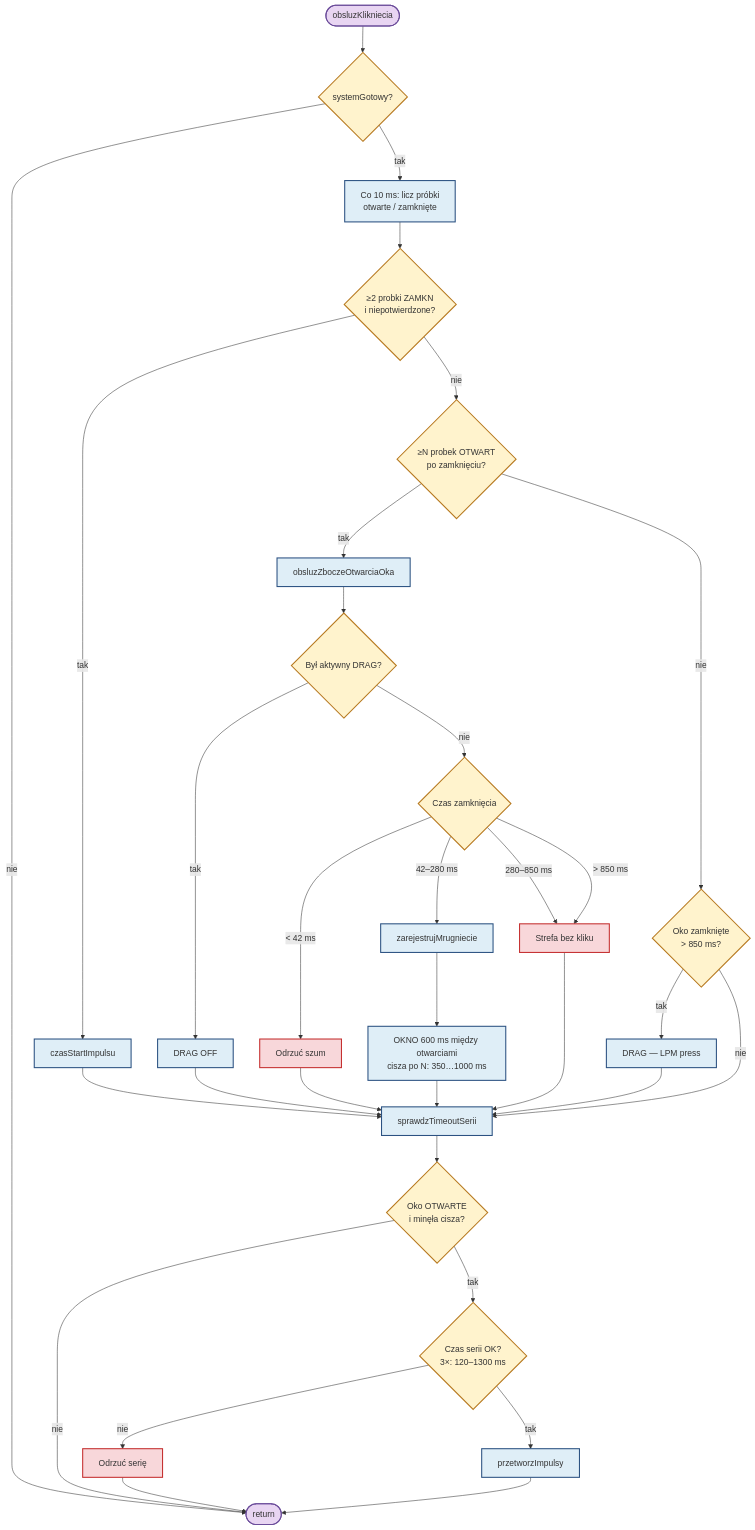
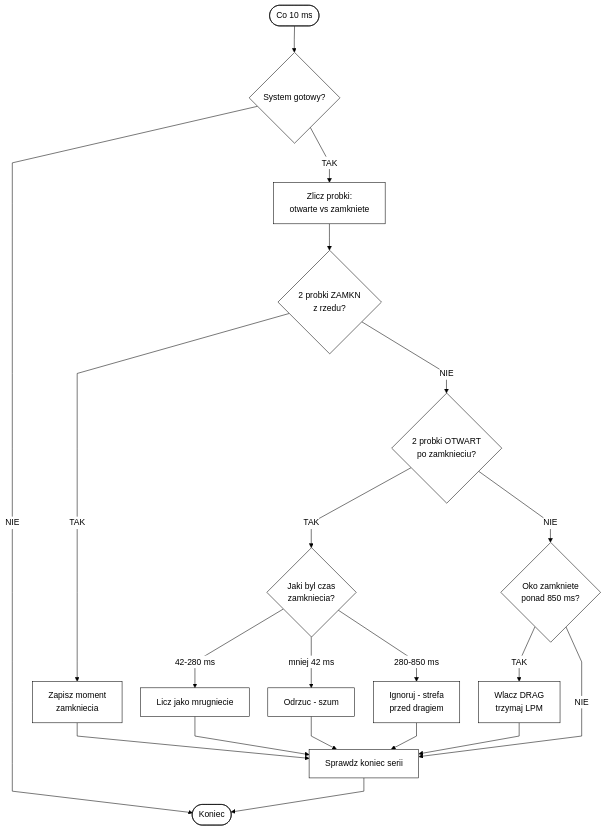
One commit to bartkadres-ai/HEFAS-4.0 changed the ninth of 11 diagrams in README.md. Above: the diagram before and after it, drawn with Mermaid. The commit also changed other lines of this file, not shown here.

````diff
--- a/README.md
+++ b/README.md
@@ -535,49 +474,23 @@
 ```mermaid
+%%{init: {'theme':'base','themeVariables':{'background':'#ffffff','mainBkg':'#ffffff','primaryColor':'#ffffff','primaryTextColor':'#000000','primaryBorderColor':'#000000','lineColor':'#000000','edgeLabelBackground':'#ffffff'},'flowchart':{'curve':'linear','nodeSpacing':35,'rankSpacing':50}}}%%
 flowchart TD
-    M0([obsluzKlikniecia]) --> RDY{systemGotowy?}
-    RDY -->|nie| MX([return])
-    RDY -->|tak| CNT["Co 10 ms: licz próbki<br/>otwarte / zamknięte"]
-
-    CNT --> C1{≥2 probki ZAMKN<br/>i niepotwierdzone?}
-    C1 -->|tak| CS[czasStartImpulsu]
-    C1 -->|nie| C2{≥N probek OTWART<br/>po zamknięciu?}
-
-    C2 -->|tak| EDGE[obsluzZboczeOtwarciaOka]
-    C2 -->|nie| C3{Oko zamknięte<br/>&gt; 850 ms?}
-    C3 -->|tak| DRG[DRAG — LPM press]
-    C3 -->|nie| TM
-
-    EDGE --> E1{Był aktywny DRAG?}
-    E1 -->|tak| DRGOFF[DRAG OFF]
-    E1 -->|nie| E2{Czas zamknięcia}
-    E2 -->|"&lt; 42 ms"| ART[Odrzuć szum]
-    E2 -->|"42–280 ms"| REG[zarejestrujMrugniecie]
-    E2 -->|"280–850 ms"| STREFA[Strefa bez kliku]
-    E2 -->|"&gt; 850 ms"| STREFA
-
-    REG --> REGD["OKNO 600 ms między otwarciami<br/>cisza po N: 350…1000 ms"]
-
-    CS --> TM
-    DRG --> TM
-    DRGOFF --> TM
-    ART --> TM
-    STREFA --> TM
-    REGD --> TM[sprawdzTimeoutSerii]
-
-    TM --> T1{Oko OTWARTE<br/>i minęła cisza?}
-    T1 -->|nie| MX
-    T1 -->|tak| T2{Czas serii OK?<br/>3×: 120–1300 ms}
-    T2 -->|nie| DROP[Odrzuć serię]
-    T2 -->|tak| ACT[przetworzImpulsy]
-    DROP --> MX
-    ACT --> MX
-
-    classDef start fill:#e8d5f2,stroke:#6b4c9a,stroke-width:2px
-    classDef proc fill:#dfeef7,stroke:#2c5282,stroke-width:2px
-    classDef cond fill:#fff3cd,stroke:#b7791f,stroke-width:2px
-    classDef warn fill:#f8d7da,stroke:#c53030,stroke-width:2px
-    class M0,MX start
-    class CNT,CS,EDGE,DRG,DRGOFF,REG,REGD,TM,ACT proc
-    class RDY,C1,C2,C3,E1,E2,T1,T2 cond
-    class ART,STREFA,DROP warn
+    A([Co 10 ms]) --> B{System gotowy?}
+    B -->|NIE| Z([Koniec])
+    B -->|TAK| C[Zlicz probki:<br/>otwarte vs zamkniete]
+    C --> D{2 probki ZAMKN<br/>z rzedu?}
+    D -->|TAK| E[Zapisz moment<br/>zamkniecia]
+    D -->|NIE| F{2 probki OTWART<br/>po zamknieciu?}
+    F -->|TAK| G{Jaki byl czas<br/>zamkniecia?}
+    F -->|NIE| H{Oko zamkniete<br/>ponad 850 ms?}
+    G -->|42-280 ms| I[Licz jako mrugniecie]
+    G -->|mniej 42 ms| J[Odrzuc - szum]
+    G -->|280-850 ms| K[Ignoruj - strefa<br/>przed dragiem]
+    H -->|TAK| L[Wlacz DRAG<br/>trzymaj LPM]
+    H -->|NIE| M
+    I --> M
+    J --> M
+    K --> M
+    L --> M[Sprawdz koniec serii]
+    E --> M
+    M --> Z
 ```
````
